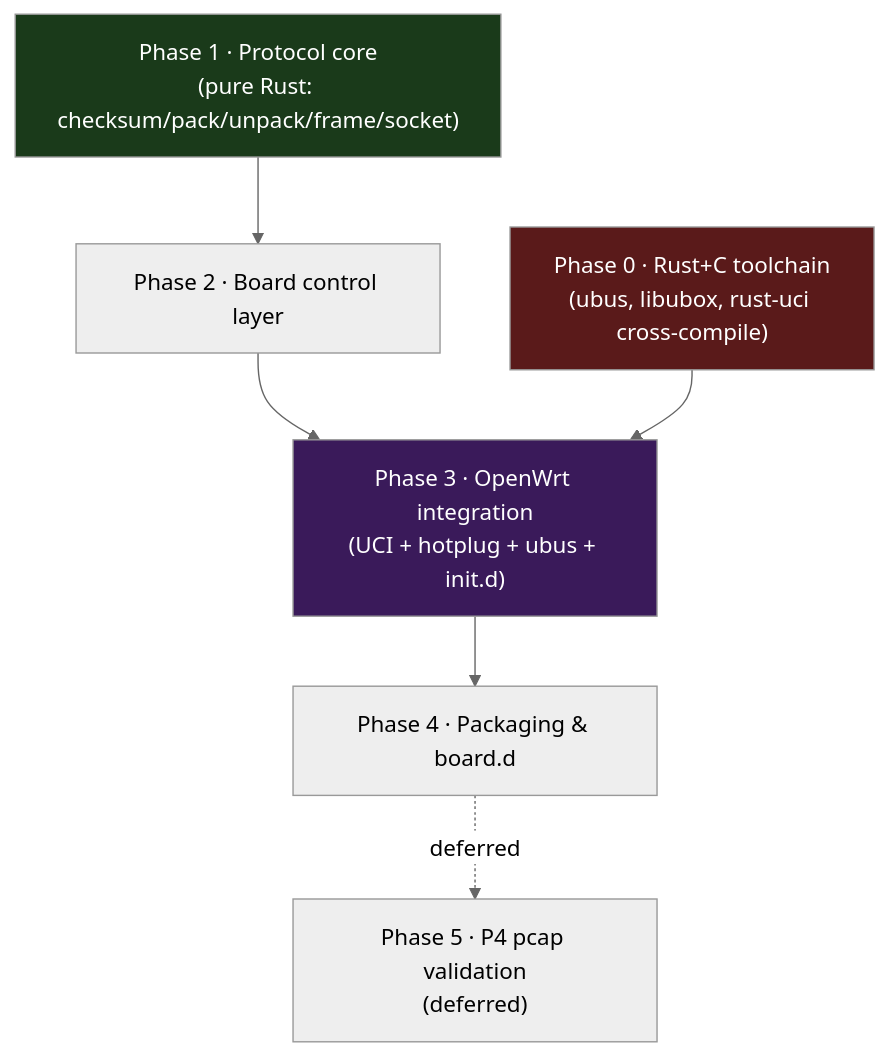
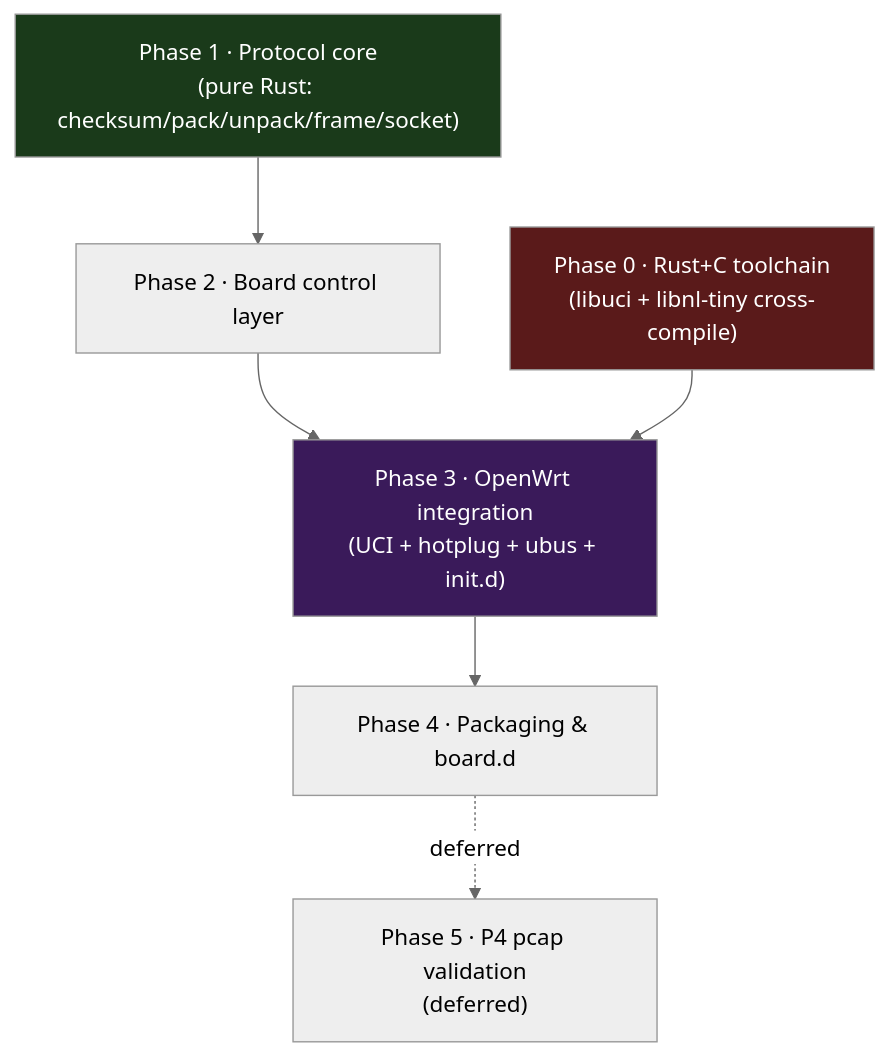
The diagram in plans/rbctl-daemon-plan.md (hitech95/openwrt_tplink_vx830v_rbctrl-dsl), drawn with Mermaid (neutral theme) before and after one commit. The commit also changed other lines of this file, not shown here.

````diff
--- a/plans/rbctl-daemon-plan.md
+++ b/plans/rbctl-daemon-plan.md
@@ -86,16 +92,16 @@
 ```mermaid
 flowchart TD
-    P0["Phase 0 · Rust+C toolchain<br/>(ubus, libubox, rust-uci cross-compile)"]
+    P0["Phase 0 · Rust+C toolchain<br/>(libuci + libnl-tiny cross-compile)"]
     P1["Phase 1 · Protocol core<br/>(pure Rust: checksum/pack/unpack/frame/socket)"]
     P2["Phase 2 · Board control layer"]
     P3["Phase 3 · OpenWrt integration<br/>(UCI + hotplug + ubus + init.d)"]
     P4["Phase 4 · Packaging & board.d"]
     P5["Phase 5 · P4 pcap validation<br/>(deferred)"]
     P1 --> P2 --> P3
     P0 --> P3
     P3 --> P4
     P4 -.->|deferred| P5
     style P0 fill:#5a1a1a,color:#fff
     style P1 fill:#1a3a1a,color:#fff
     style P3 fill:#3a1a5a,color:#fff
 ```
````
